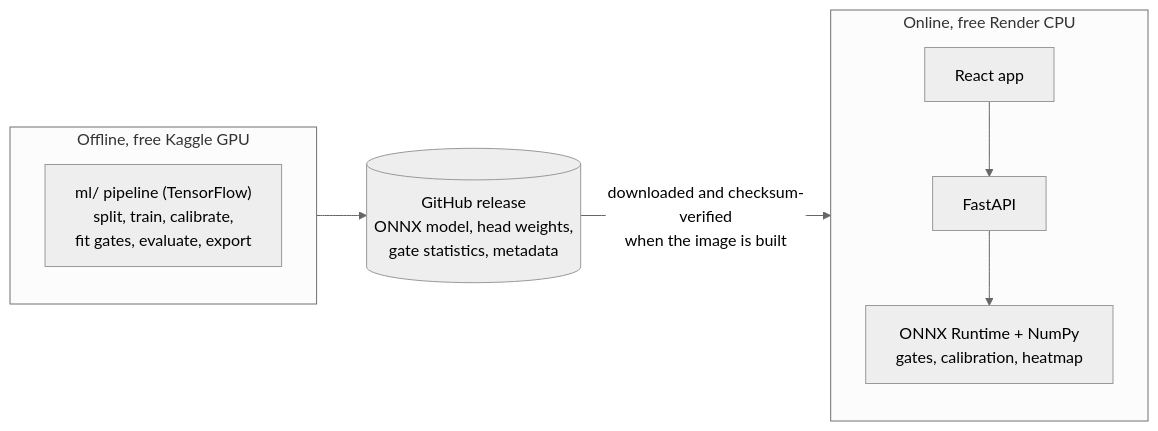
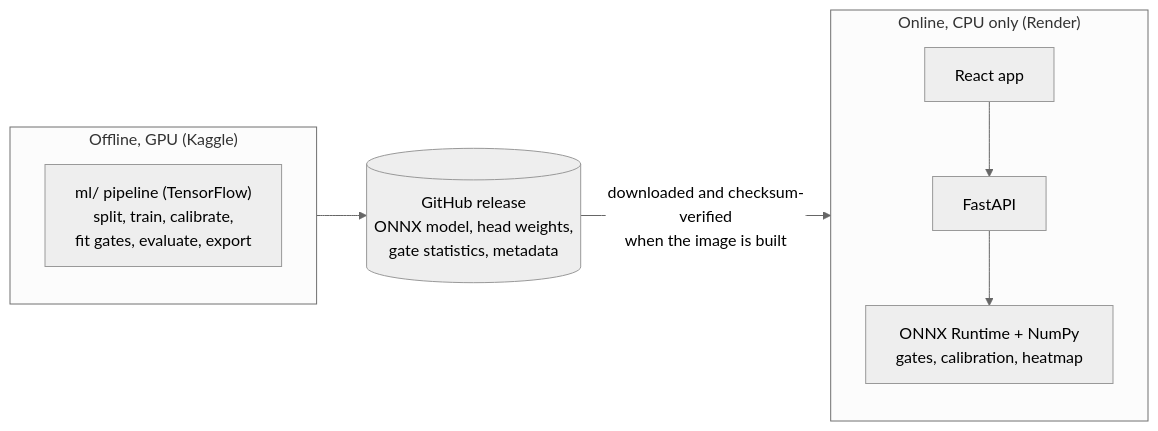
The second of 3 diagrams in README.md (OmkarJayvantJadhav/MedVisionAI), drawn with Mermaid (neutral theme) before and after one commit. The commit also changed other lines of this file and 14 other files, not shown here.

````diff
--- a/README.md
+++ b/README.md
@@ -214,14 +213,14 @@
 ```mermaid
 flowchart LR
-    subgraph Offline["Offline, free Kaggle GPU"]
+    subgraph Offline["Offline, GPU (Kaggle)"]
         direction TB
         T["ml/ pipeline (TensorFlow)<br/>split, train, calibrate,<br/>fit gates, evaluate, export"]
     end
     T --> R[("GitHub release<br/>ONNX model, head weights,<br/>gate statistics, metadata")]
-    subgraph Online["Online, free Render CPU"]
+    subgraph Online["Online, CPU only (Render)"]
         direction TB
         W["React app"] --> A["FastAPI"]
         A --> I["ONNX Runtime + NumPy<br/>gates, calibration, heatmap"]
     end
     R -- "downloaded and checksum-verified<br/>when the image is built" --> I
 ```
````
